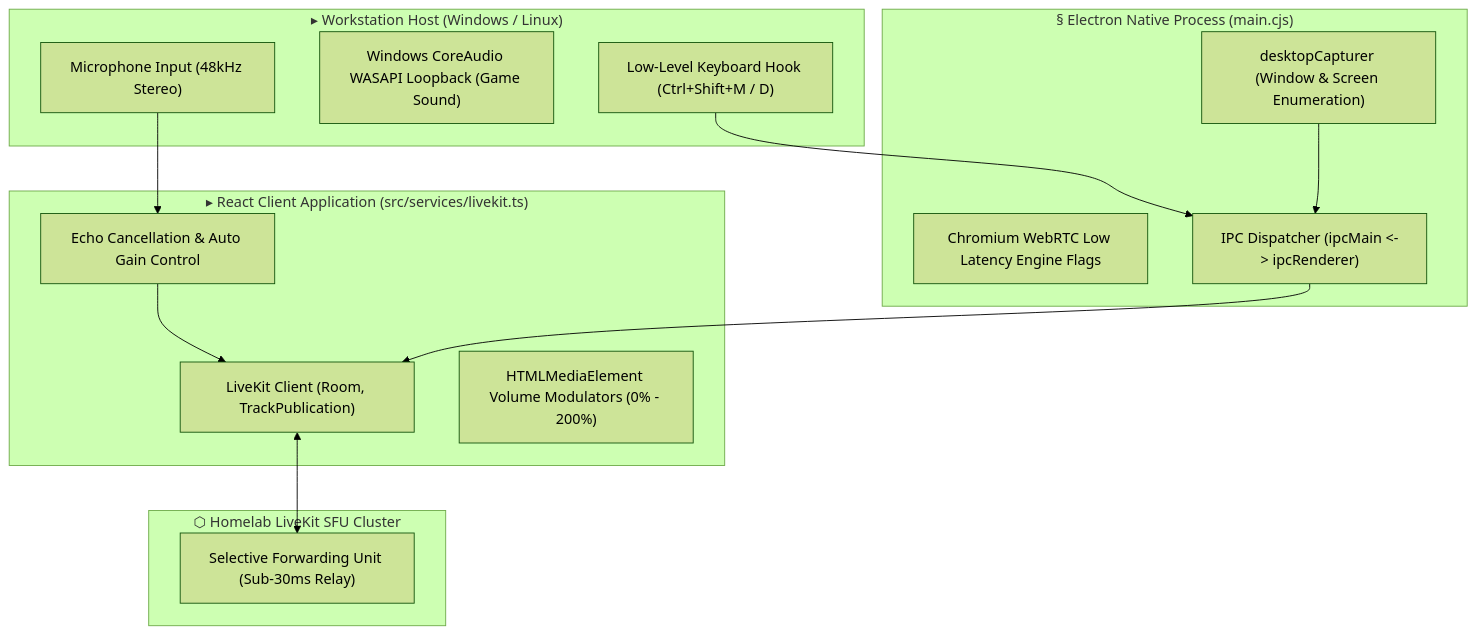
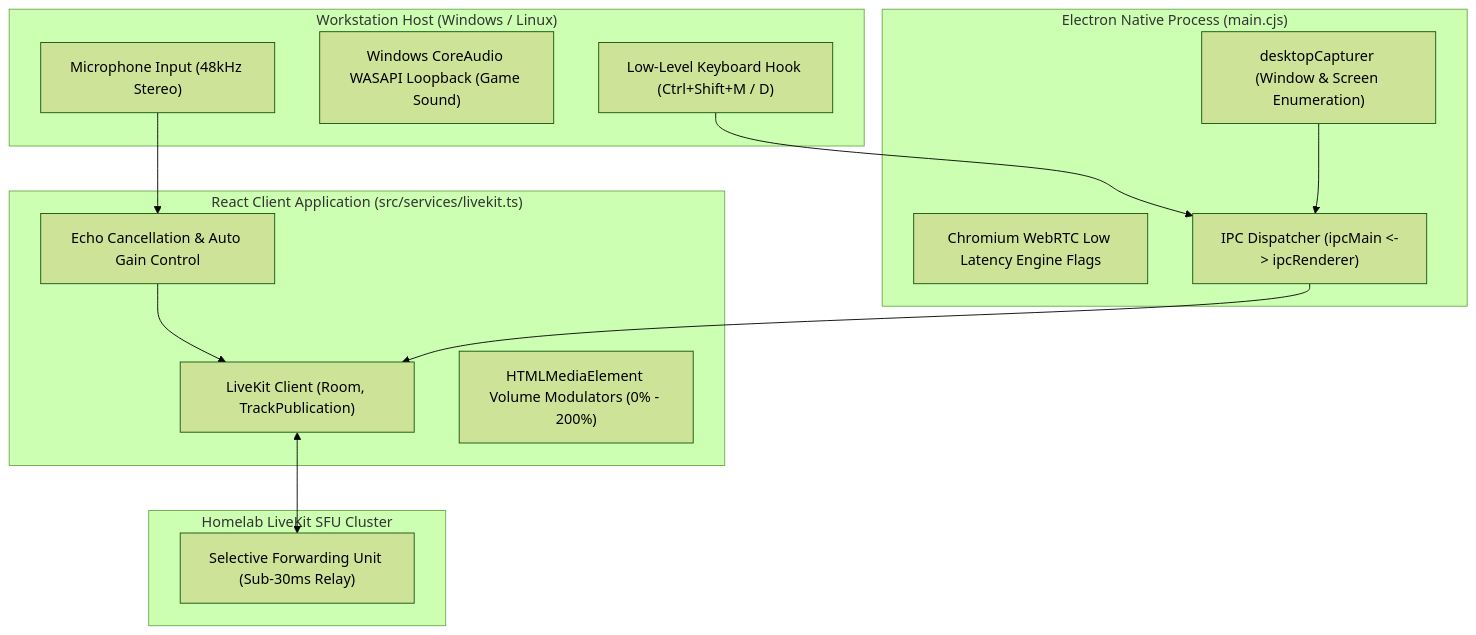
One commit to IAndrexI/documentation changed the diagram in docs/apps/protutechchat/integrations.md. Above: the diagram before and after it, drawn with Mermaid (forest theme). The commit also changed other lines of this file and 39 other files, not shown here.

````diff
--- a/docs/apps/protutechchat/integrations.md
+++ b/docs/apps/protutechchat/integrations.md
@@ -7,31 +7,31 @@
 ```mermaid
 graph TD
-    subgraph HostSystem["▸ Workstation Host (Windows / Linux)"]
+    subgraph HostSystem["Workstation Host (Windows / Linux)"]
         Mic["Microphone Input (48kHz Stereo)"]
         AudioLoopback["Windows CoreAudio WASAPI Loopback (Game Sound)"]
         KeyHook["Low-Level Keyboard Hook (Ctrl+Shift+M / D)"]
     end
 
-    subgraph ElectronHost["§ Electron Native Process (main.cjs)"]
+    subgraph ElectronHost["Electron Native Process (main.cjs)"]
         Flags["Chromium WebRTC Low Latency Engine Flags"]
         Capturer["desktopCapturer (Window & Screen Enumeration)"]
         IPC["IPC Dispatcher (ipcMain <-> ipcRenderer)"]
         
         KeyHook --> IPC
         Capturer --> IPC
     end
 
-    subgraph BrowserApp["▸ React Client Application (src/services/livekit.ts)"]
+    subgraph BrowserApp["React Client Application (src/services/livekit.ts)"]
         LiveKitCore["LiveKit Client (Room, TrackPublication)"]
         AudioDSP["Echo Cancellation & Auto Gain Control"]
         AudioElements["HTMLMediaElement Volume Modulators (0% - 200%)"]
 
         IPC --> LiveKitCore
         Mic --> AudioDSP --> LiveKitCore
     end
 
-    subgraph SFU["⬡ Homelab LiveKit SFU Cluster"]
+    subgraph SFU["Homelab LiveKit SFU Cluster"]
         Relay["Selective Forwarding Unit (Sub-30ms Relay)"]
         LiveKitCore <--> Relay
     end
 ```
````
